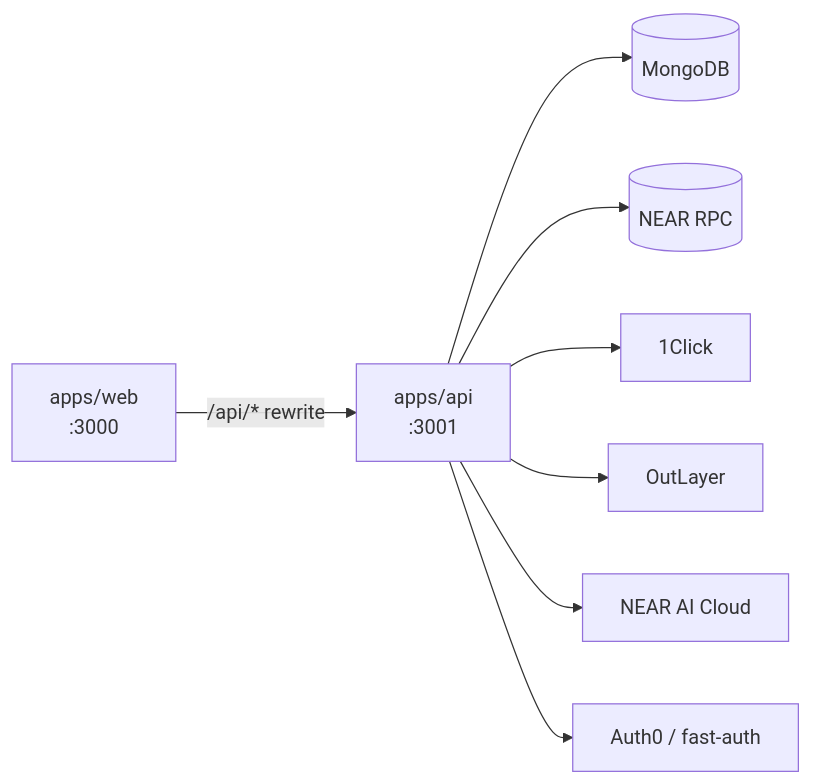
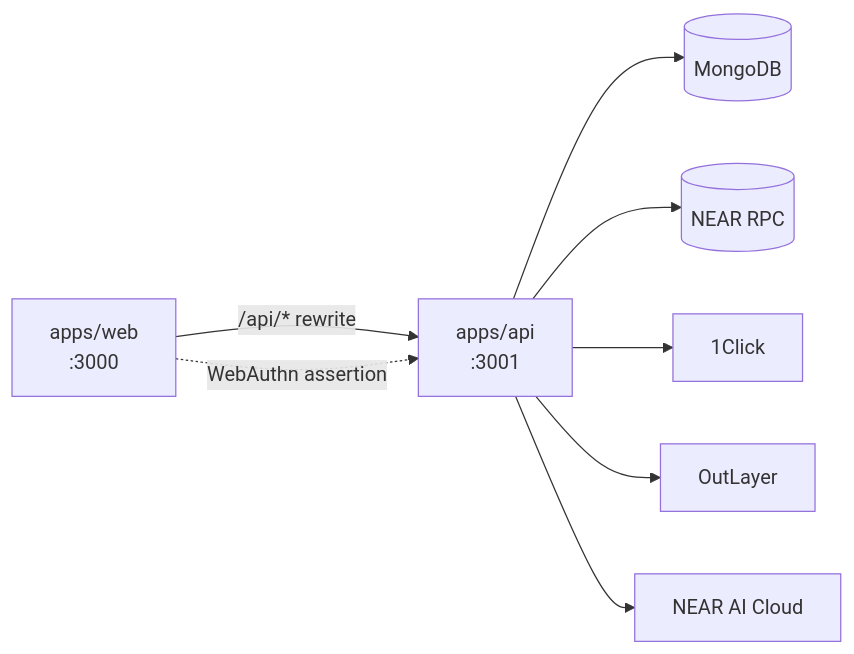
One commit to cryingraven/keiz-platform changed diagram 16 of 16 in docs/architecture.md. Above: the diagram before and after it, drawn with Mermaid. The commit also changed other lines of this file and 51 other files, not shown here.

First line of the commit message:
feat(auth): implement WebAuthn challenge and credential schemas

````diff
--- a/docs/architecture.md
+++ b/docs/architecture.md
@@ -784,10 +780,10 @@
 ```mermaid
 flowchart LR
   Web["apps/web<br/>:3000"] -->|"/api/* rewrite"| API["apps/api<br/>:3001"]
   API --> Mongo[("MongoDB")]
   API --> RPC[("NEAR RPC")]
   API --> OneClick["1Click"]
   API --> OutLayer["OutLayer"]
   API --> NEARAI["NEAR AI Cloud"]
-  API --> Auth0["Auth0 / fast-auth"]
+  Web -.->|"WebAuthn assertion"| API
 ```
````
